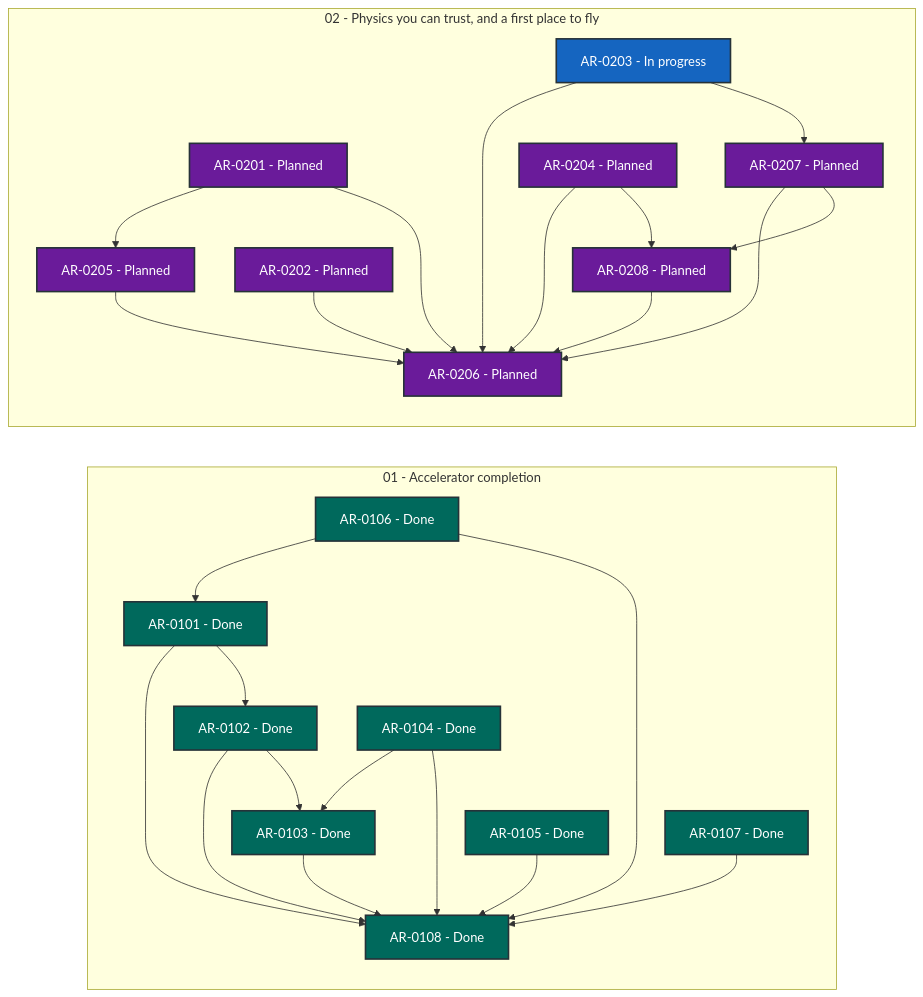
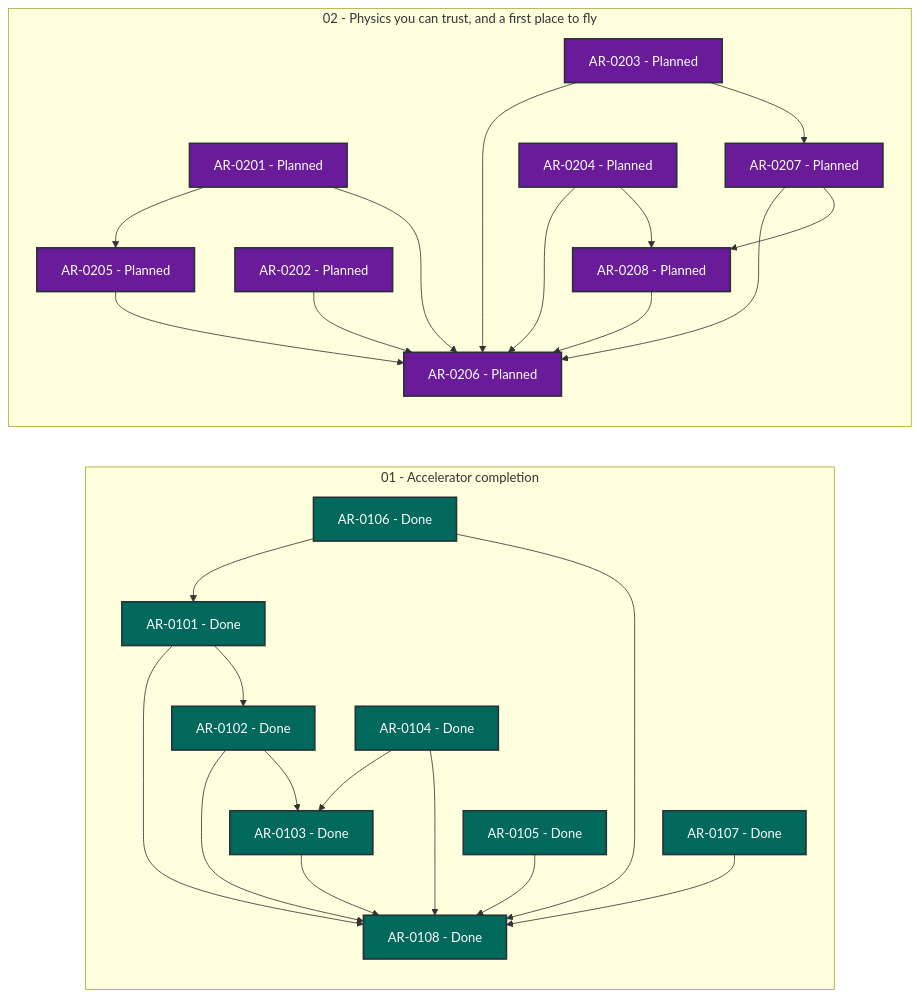
One commit to locutus3009/exgame changed the diagram in coordination/STATUS.md. Above: the diagram before and after it, drawn with Mermaid. The commit also changed other lines of this file and 2 other files, not shown here.

````diff
--- a/coordination/STATUS.md
+++ b/coordination/STATUS.md
@@ -28,56 +28,56 @@
 ```mermaid
 flowchart LR
     subgraph series_01["01 - Accelerator completion"]
         direction TB
         AR_0101["AR-0101 - Done"]:::status_done
         AR_0102["AR-0102 - Done"]:::status_done
         AR_0103["AR-0103 - Done"]:::status_done
         AR_0104["AR-0104 - Done"]:::status_done
         AR_0105["AR-0105 - Done"]:::status_done
         AR_0106["AR-0106 - Done"]:::status_done
         AR_0107["AR-0107 - Done"]:::status_done
         AR_0108["AR-0108 - Done"]:::status_done
     end
     subgraph series_02["02 - Physics you can trust, and a first place to fly"]
         direction TB
         AR_0201["AR-0201 - Planned"]:::status_planned
         AR_0202["AR-0202 - Planned"]:::status_planned
-        AR_0203["AR-0203 - In progress"]:::status_in_progress
+        AR_0203["AR-0203 - Planned"]:::status_planned
         AR_0204["AR-0204 - Planned"]:::status_planned
         AR_0205["AR-0205 - Planned"]:::status_planned
         AR_0206["AR-0206 - Planned"]:::status_planned
         AR_0207["AR-0207 - Planned"]:::status_planned
         AR_0208["AR-0208 - Planned"]:::status_planned
     end
     AR_0101 --> AR_0102
     AR_0101 --> AR_0108
     AR_0102 --> AR_0103
     AR_0102 --> AR_0108
     AR_0103 --> AR_0108
     AR_0104 --> AR_0103
     AR_0104 --> AR_0108
     AR_0105 --> AR_0108
     AR_0106 --> AR_0101
     AR_0106 --> AR_0108
     AR_0107 --> AR_0108
     AR_0201 --> AR_0205
     AR_0201 --> AR_0206
     AR_0202 --> AR_0206
     AR_0203 --> AR_0206
     AR_0203 --> AR_0207
     AR_0204 --> AR_0206
     AR_0204 --> AR_0208
     AR_0205 --> AR_0206
     AR_0207 --> AR_0206
     AR_0207 --> AR_0208
     AR_0208 --> AR_0206
     classDef status_in_progress fill:#1565c0,color:#ffffff,stroke:#263238,stroke-width:2px
     classDef status_in_review fill:#ad1457,color:#ffffff,stroke:#263238,stroke-width:2px
     classDef status_open fill:#2e7d32,color:#ffffff,stroke:#263238,stroke-width:2px
     classDef status_blocked fill:#c62828,color:#ffffff,stroke:#263238,stroke-width:2px
     classDef status_planned fill:#6a1b9a,color:#ffffff,stroke:#263238,stroke-width:2px
     classDef status_future fill:#455a64,color:#ffffff,stroke:#263238,stroke-width:2px
     classDef status_done fill:#00695c,color:#ffffff,stroke:#263238,stroke-width:2px
     classDef status_cancelled fill:#616161,color:#ffffff,stroke:#263238,stroke-width:2px
     classDef status_superseded fill:#5d4037,color:#ffffff,stroke:#263238,stroke-width:2px
 ```
````
